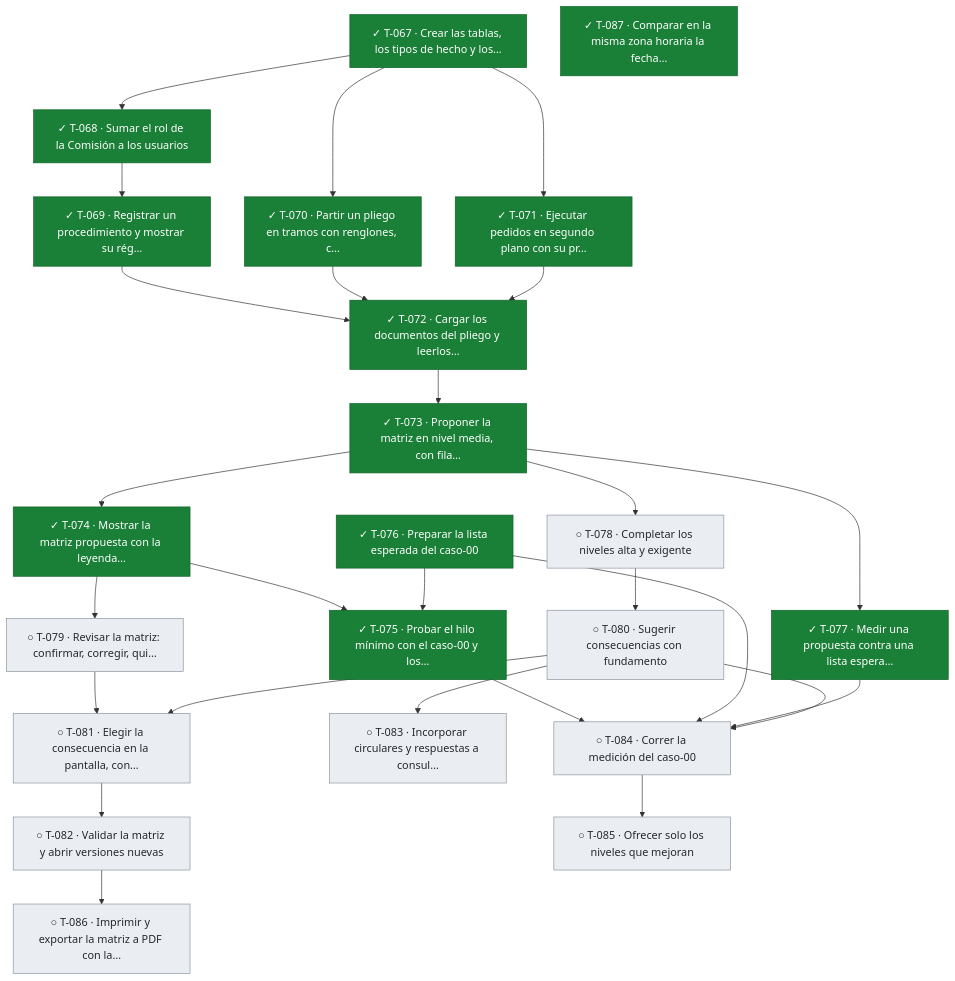
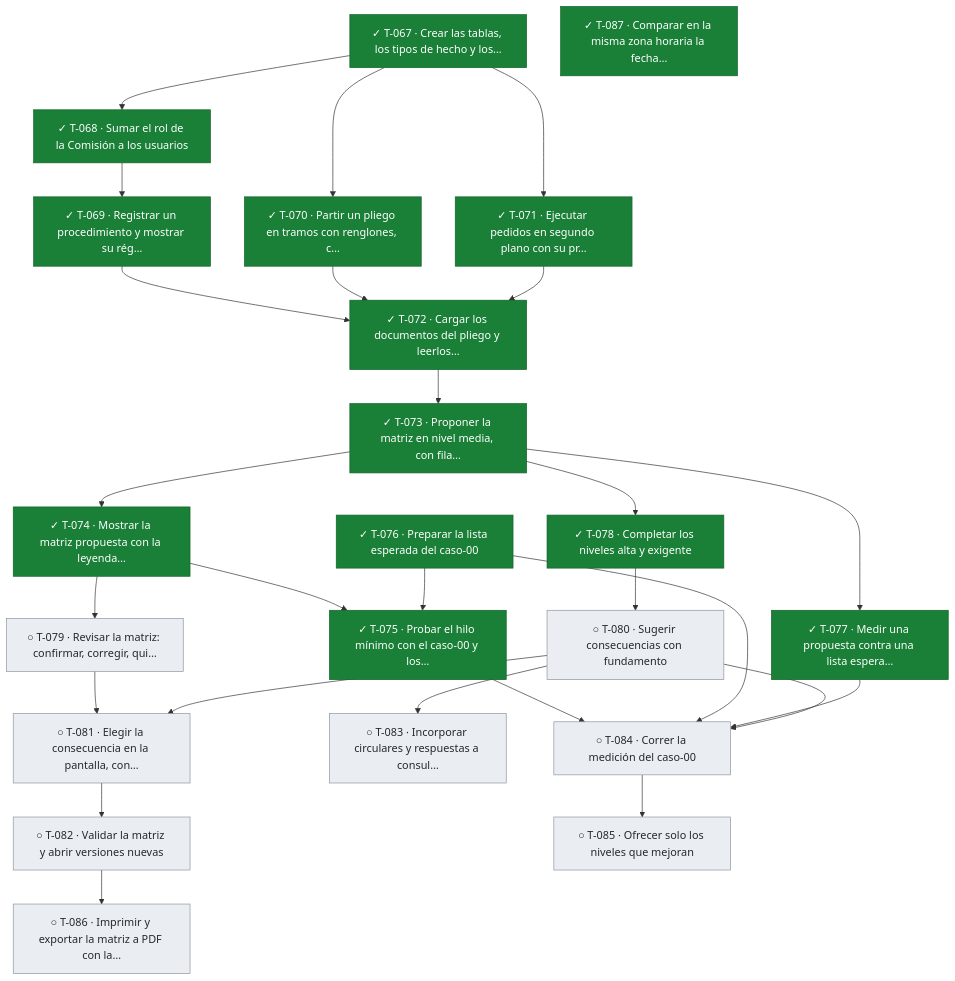
Before and after one commit to snavello/EVALUON: the fifth of 5 diagrams in docs/tablero.md, drawn with Mermaid. The commit also changed other lines of this file and 1 other file, not shown here.

````diff
--- a/docs/tablero.md
+++ b/docs/tablero.md
@@ -400,54 +400,54 @@
 ```mermaid
 flowchart TD
   T067["✓ T-067 · Crear las tablas, los tipos de hecho y los…"]:::done
   T068["✓ T-068 · Sumar el rol de la Comisión a los usuarios"]:::done
   T069["✓ T-069 · Registrar un procedimiento y mostrar su rég…"]:::done
   T070["✓ T-070 · Partir un pliego en tramos con renglones, c…"]:::done
   T071["✓ T-071 · Ejecutar pedidos en segundo plano con su pr…"]:::done
   T072["✓ T-072 · Cargar los documentos del pliego y leerlos…"]:::done
   T073["✓ T-073 · Proponer la matriz en nivel media, con fila…"]:::done
   T074["✓ T-074 · Mostrar la matriz propuesta con la leyenda…"]:::done
   T075["✓ T-075 · Probar el hilo mínimo con el caso-00 y los…"]:::done
   T076["✓ T-076 · Preparar la lista esperada del caso-00"]:::done
   T077["✓ T-077 · Medir una propuesta contra una lista espera…"]:::done
-  T078["○ T-078 · Completar los niveles alta y exigente"]:::todo
+  T078["✓ T-078 · Completar los niveles alta y exigente"]:::done
   T079["○ T-079 · Revisar la matriz: confirmar, corregir, qui…"]:::todo
   T080["○ T-080 · Sugerir consecuencias con fundamento"]:::todo
   T081["○ T-081 · Elegir la consecuencia en la pantalla, con…"]:::todo
   T082["○ T-082 · Validar la matriz y abrir versiones nuevas"]:::todo
   T083["○ T-083 · Incorporar circulares y respuestas a consul…"]:::todo
   T084["○ T-084 · Correr la medición del caso-00"]:::todo
   T085["○ T-085 · Ofrecer solo los niveles que mejoran"]:::todo
   T086["○ T-086 · Imprimir y exportar la matriz a PDF con la…"]:::todo
   T087["✓ T-087 · Comparar en la misma zona horaria la fecha…"]:::done
   T067 --> T068
   T068 --> T069
   T067 --> T070
   T067 --> T071
   T069 --> T072
   T070 --> T072
   T071 --> T072
   T072 --> T073
   T073 --> T074
   T074 --> T075
   T076 --> T075
   T073 --> T077
   T073 --> T078
   T074 --> T079
   T078 --> T080
   T079 --> T081
   T080 --> T081
   T081 --> T082
   T080 --> T083
   T075 --> T084
   T076 --> T084
   T077 --> T084
   T080 --> T084
   T084 --> T085
   T082 --> T086
   classDef done fill:#1a7f37,stroke:#116329,color:#ffffff
   classDef review fill:#0969da,stroke:#0550ae,color:#ffffff
   classDef active fill:#bf8700,stroke:#7d4e00,color:#ffffff
   classDef blocked fill:#cf222e,stroke:#a40e26,color:#ffffff
   classDef todo fill:#eaeef2,stroke:#8c959f,color:#24292f
 ```
````
